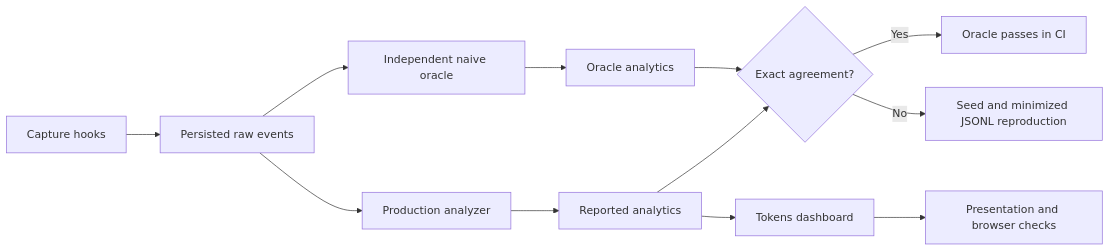
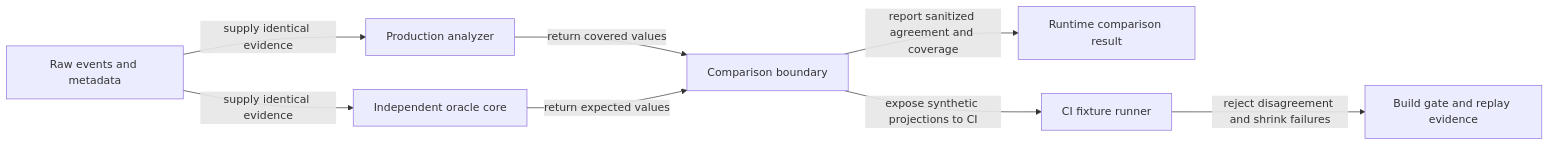
Before and after one commit to kirinmurphy/roborepo: the diagram in docs/internal/telemetry-internals.md, drawn with Mermaid. The commit also changed other lines of this file and 1 other file, not shown here.

````diff
--- a/docs/internal/telemetry-internals.md
+++ b/docs/internal/telemetry-internals.md
@@ -66,14 +77,10 @@
 ```mermaid
 flowchart LR
-    hooks[Capture hooks] --> raw[Persisted raw events]
-    raw --> production[Production analyzer]
-    raw --> oracle[Independent naive oracle]
-    production --> reported[Reported analytics]
-    oracle --> expected[Oracle analytics]
-    reported --> compare{Exact agreement?}
-    expected --> compare
-    compare -->|Yes| pass[Oracle passes in CI]
-    compare -->|No| replay[Seed and minimized JSONL reproduction]
-    reported --> dashboard[Tokens dashboard]
-    dashboard --> browser[Presentation and browser checks]
+    raw[Raw events and metadata] -->|supply identical evidence| production[Production analyzer]
+    raw -->|supply identical evidence| oracle[Independent oracle core]
+    production -->|return covered values| compare[Comparison boundary]
+    oracle -->|return expected values| compare
+    compare -->|report sanitized agreement and coverage| result[Runtime comparison result]
+    compare -->|expose synthetic projections to CI| runner[CI fixture runner]
+    runner -->|reject disagreement and shrink failures| gate[Build gate and replay evidence]
 ```
````
